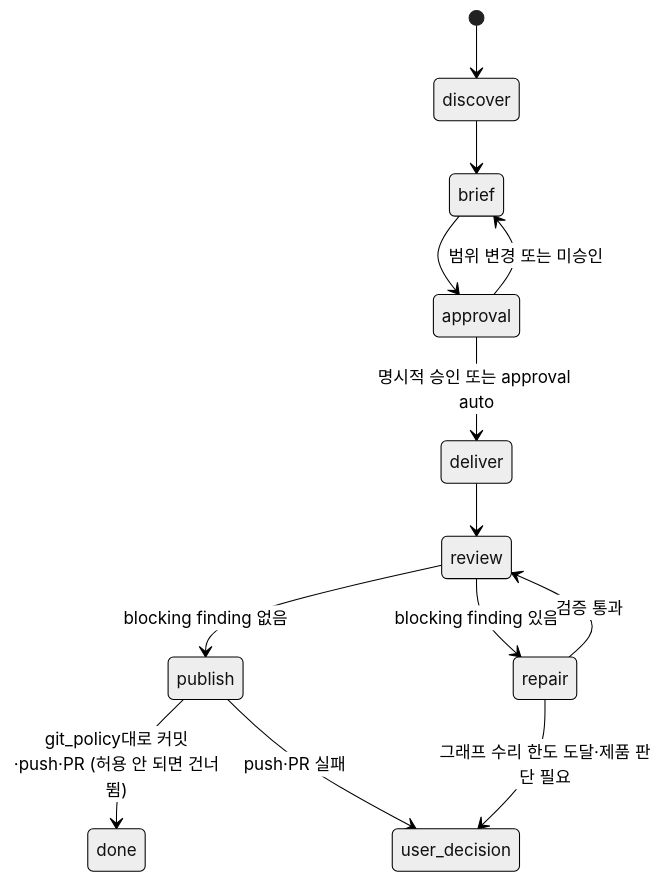
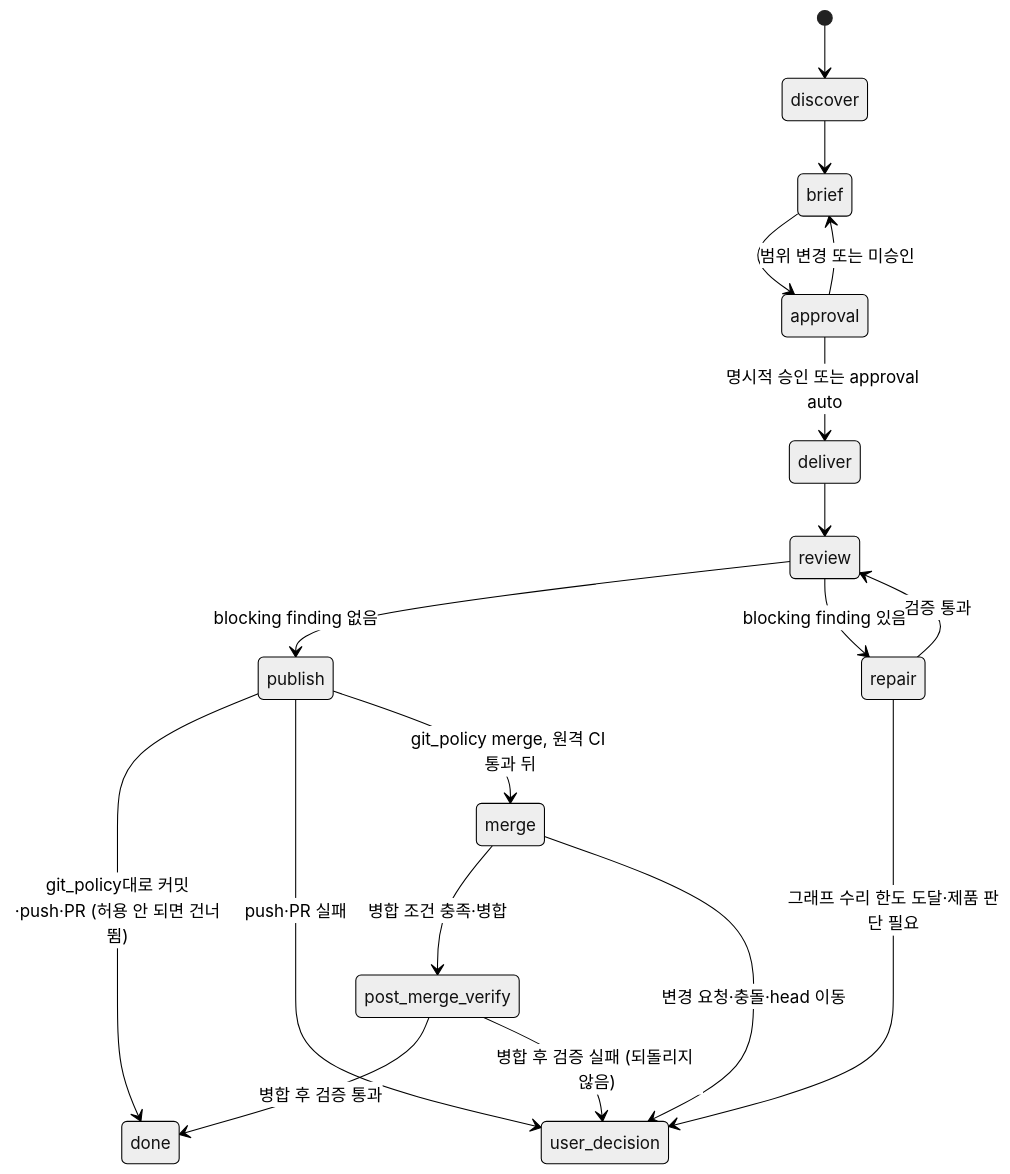
Before and after one commit to cano721/ai-harness: the second of 4 diagrams in README.md, drawn with Mermaid (neutral theme). The commit also changed other lines of this file and 15 other files, not shown here.

First line of the commit message:
feat: git_policy merge — 사람이 정한 조건으로 병합하고 병합 후 검증까지 한다 (#176) (#182)

````diff
--- a/README.md
+++ b/README.md
@@ -211,15 +211,20 @@
 ```mermaid
 stateDiagram-v2
     [*] --> discover
     discover --> brief
     brief --> approval
     approval --> brief: 범위 변경 또는 미승인
     approval --> deliver: 명시적 승인 또는 approval auto
     deliver --> review
     review --> publish: blocking finding 없음
     review --> repair: blocking finding 있음
     repair --> review: 검증 통과
     repair --> user_decision: 그래프 수리 한도 도달·제품 판단 필요
     publish --> done: git_policy대로 커밋·push·PR (허용 안 되면 건너뜀)
     publish --> user_decision: push·PR 실패
+    publish --> merge: git_policy merge, 원격 CI 통과 뒤
+    merge --> post_merge_verify: 병합 조건 충족·병합
+    merge --> user_decision: 변경 요청·충돌·head 이동
+    post_merge_verify --> done: 병합 후 검증 통과
+    post_merge_verify --> user_decision: 병합 후 검증 실패 (되돌리지 않음)
 ```
````
